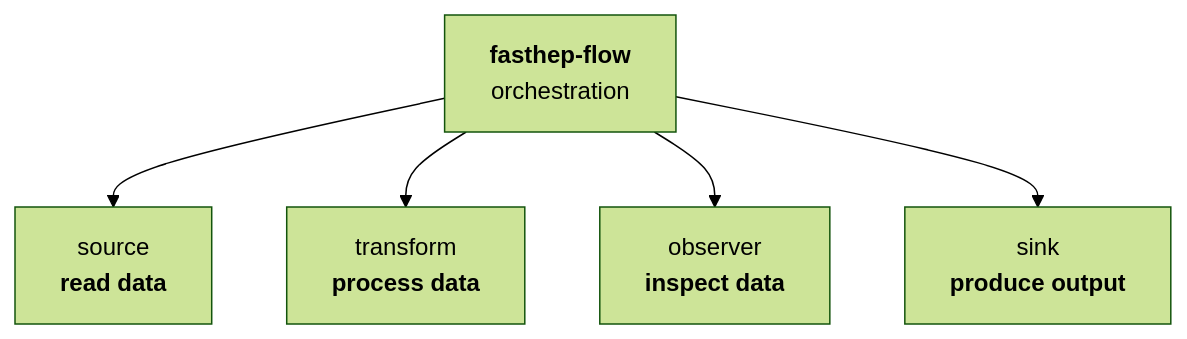
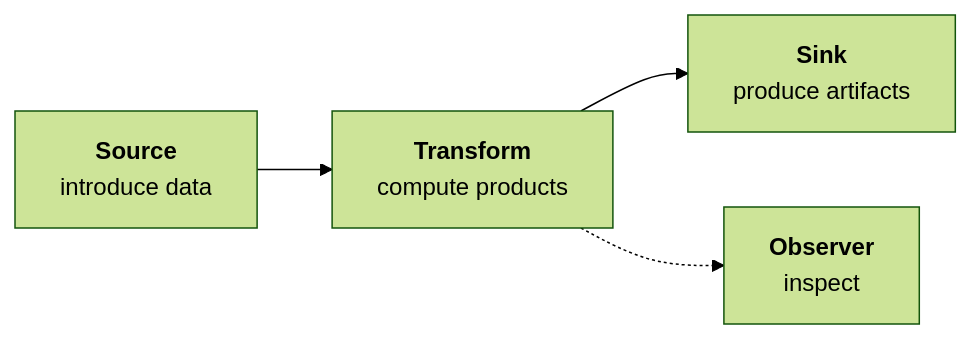
Before and after one commit to FAST-HEP/fast-hep.github.io: the second of 2 diagrams in content/concepts/workflow-language.md, drawn with Mermaid (forest theme). The commit also changed other lines of this file and 6 other files, not shown here.

````diff
--- a/content/concepts/workflow-language.md
+++ b/content/concepts/workflow-language.md
@@ -61,14 +69,11 @@
 ```mermaid
-flowchart TD
-    Flow["<b>fasthep-flow</b><br/>orchestration"]
+flowchart LR
+    Source["<b>Source</b><br/>introduce data"]:::source
+    Transform["<b>Transform</b><br/>compute products"]:::transform
+    Observer["<b>Observer</b><br/>inspect"]:::observer
+    Sink["<b>Sink</b><br/>produce artifacts"]:::sink
 
-    Source["source<br/><b>read data</b>"]
-    Transform["transform<br/><b>process data</b>"]
-    Observer["observer<br/><b>inspect data</b>"]
-    Sink["sink<br/><b>produce output</b>"]
-
-    Flow --> Source
-    Flow --> Transform
-    Flow --> Observer
-    Flow --> Sink
+    Source --> Transform
+    Transform --> Sink
+    Transform -.-> Observer
 ```
````
